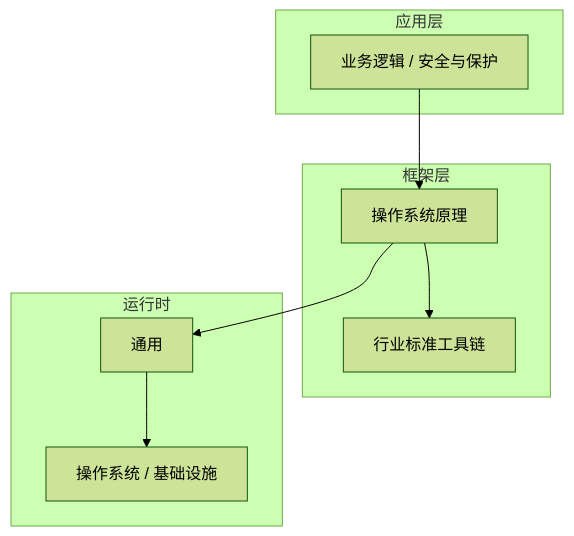
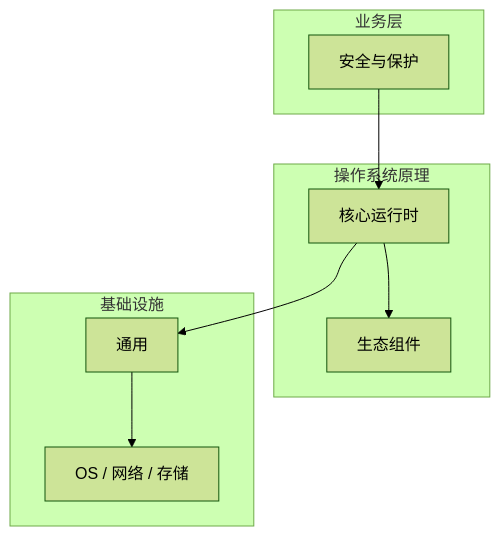
Before and after one commit to yanggan2015/knowledge-json-v2: the diagram in articles/操作系统原理/chapters/111-安全与保护核心概念与原理.md, drawn with Mermaid (forest theme). The commit also changed other lines of this file and 10127 other files, not shown here.

````diff
--- a/articles/操作系统原理/chapters/111-安全与保护核心概念与原理.md
+++ b/articles/操作系统原理/chapters/111-安全与保护核心概念与原理.md
@@ -45,18 +34,18 @@
 ```mermaid
 graph TB
-    subgraph 应用层
-        A[业务逻辑 / 安全与保护]
+    subgraph 业务层
+        A[安全与保护]
     end
-    subgraph 框架层
-        B[操作系统原理]
-        C[行业标准工具链]
+    subgraph 操作系统原理
+        B[核心运行时]
+        C[生态组件]
     end
-    subgraph 运行时
+    subgraph 基础设施
         D[通用]
-        E[操作系统 / 基础设施]
+        E[OS / 网络 / 存储]
     end
     A --> B
     B --> C
     B --> D
     D --> E
 ```
````
